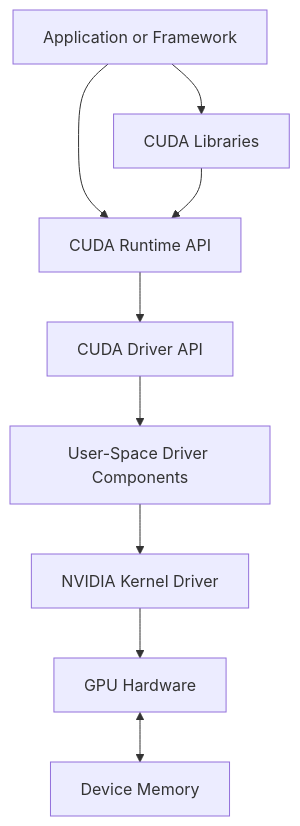
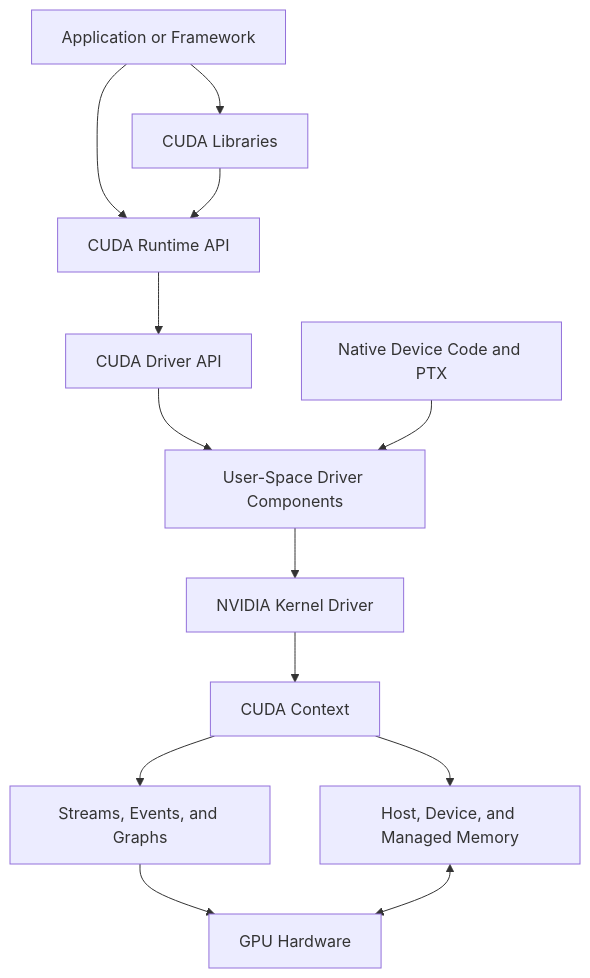
Before and after one commit to jithinpnjm/nvidia-devops: the first of 2 diagrams in docs/nvidia-zero-to-hero/volume-03/index.md, drawn with Mermaid. The commit also changed other lines of this file, not shown here.

````diff
--- a/docs/nvidia-zero-to-hero/volume-03/index.md
+++ b/docs/nvidia-zero-to-hero/volume-03/index.md
@@ -31,20 +33,23 @@
 ```mermaid
 flowchart TD
     App[Application or Framework]
     Libraries[CUDA Libraries]
     Runtime[CUDA Runtime API]
     DriverAPI[CUDA Driver API]
     UserDriver[User-Space Driver Components]
     KernelDriver[NVIDIA Kernel Driver]
+    Context[CUDA Context]
+    Streams[Streams, Events, and Graphs]
+    Memory[Host, Device, and Managed Memory]
+    Binary[Native Device Code and PTX]
     GPU[GPU Hardware]
-    Memory[Device Memory]
 
     App --> Libraries
     App --> Runtime
     Libraries --> Runtime
     Runtime --> DriverAPI
-    DriverAPI --> UserDriver
-    UserDriver --> KernelDriver
-    KernelDriver --> GPU
-    GPU <--> Memory
+    DriverAPI --> UserDriver --> KernelDriver --> Context
+    Context --> Streams --> GPU
+    Context --> Memory <--> GPU
+    Binary --> UserDriver
 ```
````
